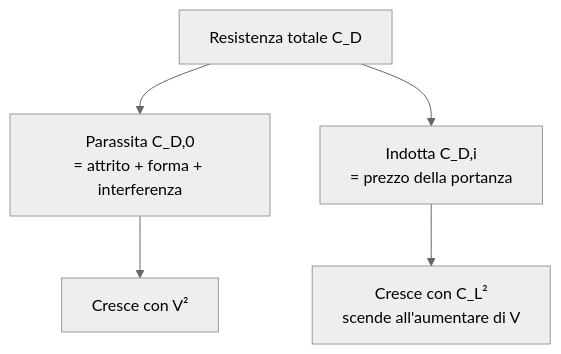
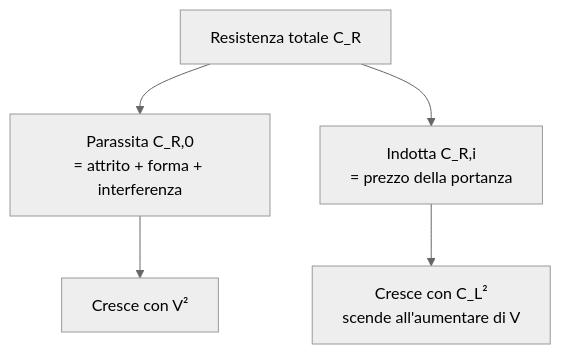
The diagram in aerodinamica-liceo/01-teoria/03-resistenza.md (Lollodev123/struttura-Giulio), drawn with Mermaid (neutral theme) before and after one commit. The commit also changed other lines of this file and 45 other files, not shown here.

````diff
--- a/aerodinamica-liceo/01-teoria/03-resistenza.md
+++ b/aerodinamica-liceo/01-teoria/03-resistenza.md
@@ -52,7 +52,7 @@
 ```mermaid
 graph TD
-    A[Resistenza totale C_D] --> B[Parassita C_D,0<br/>= attrito + forma + interferenza]
-    A --> C[Indotta C_D,i<br/>= prezzo della portanza]
+    A[Resistenza totale C_R] --> B[Parassita C_R,0<br/>= attrito + forma + interferenza]
+    A --> C[Indotta C_R,i<br/>= prezzo della portanza]
     B --> B1[Cresce con V²]
     C --> C1[Cresce con C_L²<br/>scende all'aumentare di V]
 ```
````
